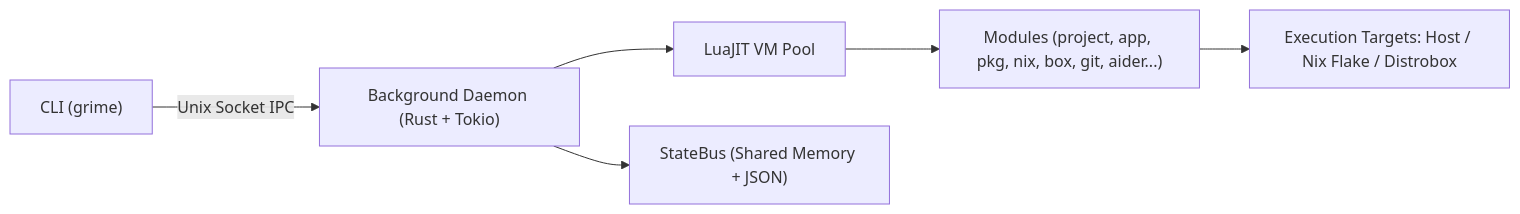
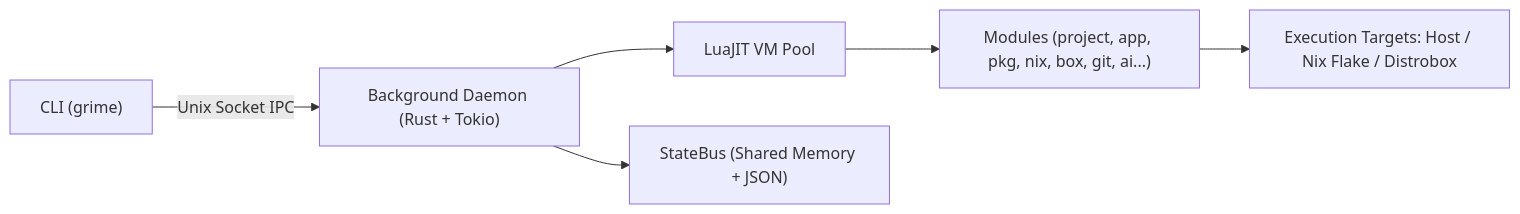
One commit to GrimeVoid/grime-rust changed the diagram in README.en.md. Above: the diagram before and after it, drawn with Mermaid. The commit also changed other lines of this file and 19 other files, not shown here.

Commit message:
feat(ai): replace aider module with universal ai module and modules/agents adapters

````diff
--- a/README.en.md
+++ b/README.en.md
@@ -35,8 +35,8 @@
 ```mermaid
 flowchart LR
     CLI["CLI (grime)"] -->|Unix Socket IPC| Daemon["Background Daemon (Rust + Tokio)"]
     Daemon --> Pool["LuaJIT VM Pool"]
     Daemon --> Bus["StateBus (Shared Memory + JSON)"]
-    Pool --> Modules["Modules (project, app, pkg, nix, box, git, aider...)"]
+    Pool --> Modules["Modules (project, app, pkg, nix, box, git, ai...)"]
     Modules --> Env["Execution Targets: Host / Nix Flake / Distrobox"]
 ```
````
